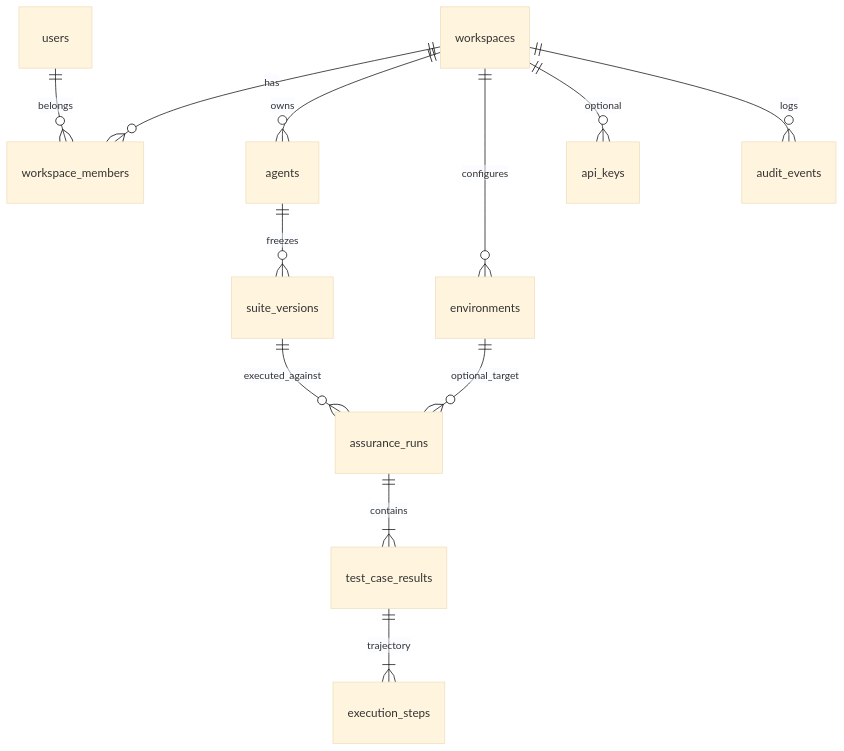
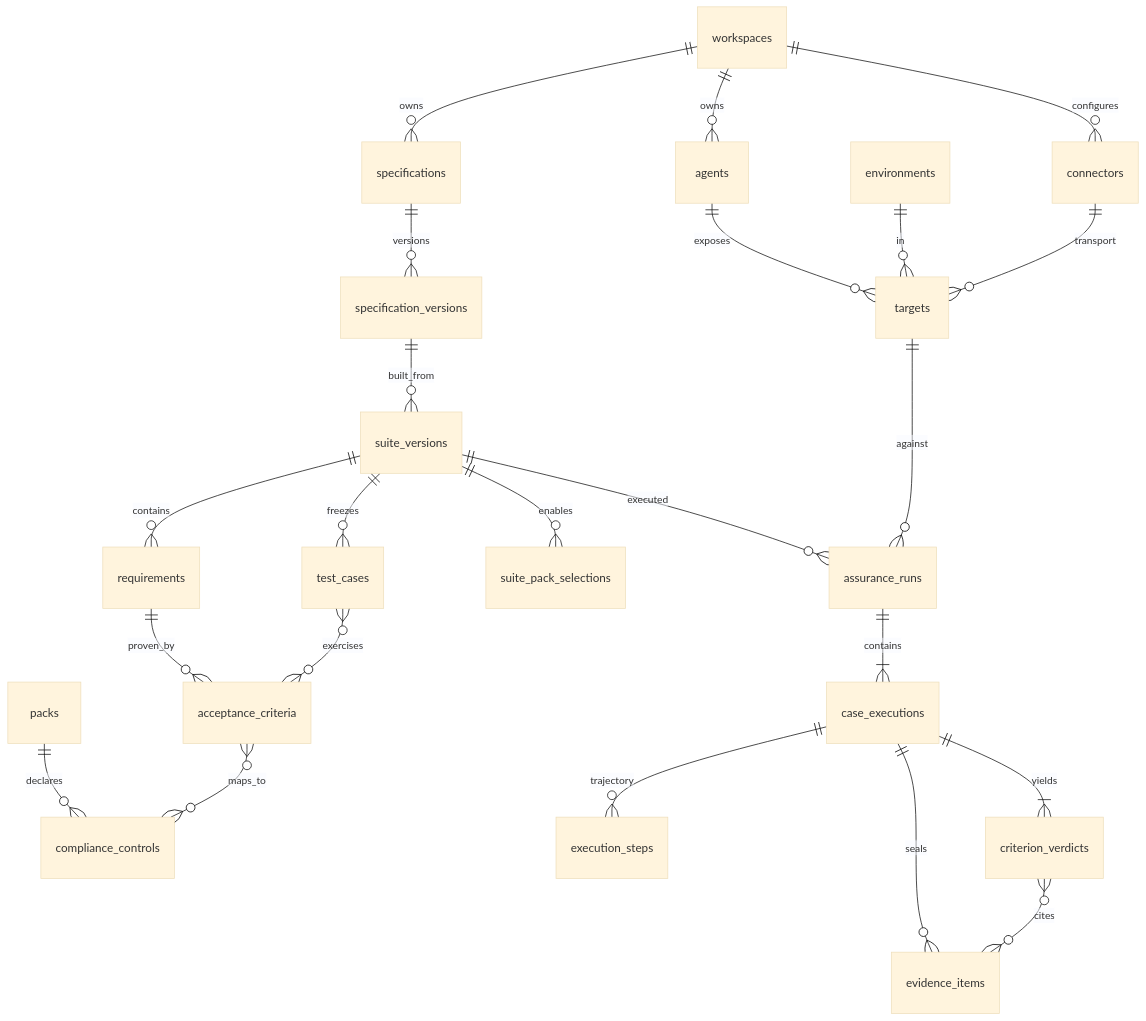
One commit to DTiapan/AgentEval changed the diagram in docs/design/persistence-schema.md. Above: the diagram before and after it, drawn with Mermaid (base theme). The commit also changed other lines of this file and 80 other files, not shown here.

````diff
--- a/docs/design/persistence-schema.md
+++ b/docs/design/persistence-schema.md
@@ -17,14 +22,25 @@
 ```mermaid
 erDiagram
-    workspaces ||--o{ workspace_members : has
-    users ||--o{ workspace_members : belongs
     workspaces ||--o{ agents : owns
-    workspaces ||--o{ environments : configures
-    agents ||--o{ suite_versions : freezes
-    suite_versions ||--o{ assurance_runs : executed_against
-    environments ||--o{ assurance_runs : optional_target
-    assurance_runs ||--|{ test_case_results : contains
-    test_case_results ||--|{ execution_steps : trajectory
-    workspaces ||--o{ api_keys : optional
-    workspaces ||--o{ audit_events : logs
+    workspaces ||--o{ connectors : configures
+    workspaces ||--o{ specifications : owns
+    specifications ||--o{ specification_versions : versions
+    agents ||--o{ targets : exposes
+    environments ||--o{ targets : in
+    connectors ||--o{ targets : transport
+    specification_versions ||--o{ suite_versions : built_from
+    suite_versions ||--o{ requirements : contains
+    requirements ||--o{ acceptance_criteria : proven_by
+    suite_versions ||--o{ test_cases : freezes
+    test_cases }o--o{ acceptance_criteria : exercises
+    packs ||--o{ compliance_controls : declares
+    acceptance_criteria }o--o{ compliance_controls : maps_to
+    suite_versions ||--o{ suite_pack_selections : enables
+    suite_versions ||--o{ assurance_runs : executed
+    targets ||--o{ assurance_runs : against
+    assurance_runs ||--|{ case_executions : contains
+    case_executions ||--o{ execution_steps : trajectory
+    case_executions ||--o{ evidence_items : seals
+    case_executions ||--|{ criterion_verdicts : yields
+    criterion_verdicts }o--o{ evidence_items : cites
 ```
````
